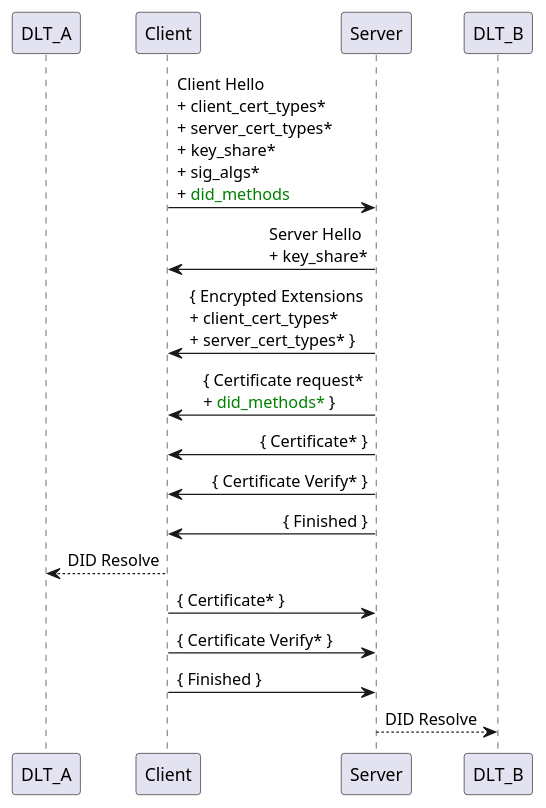
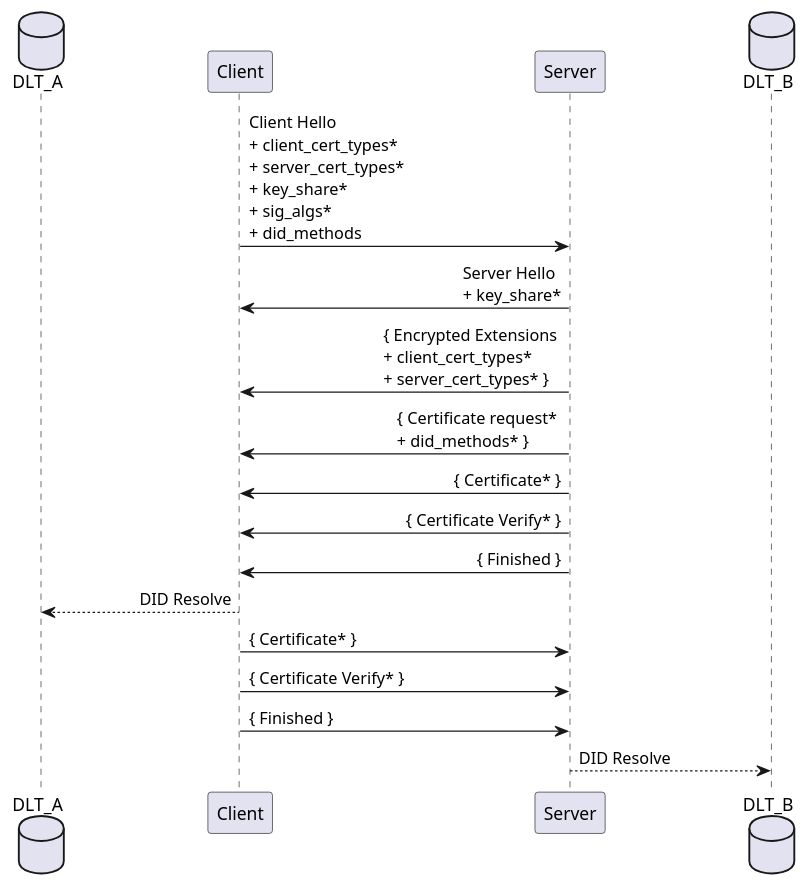
The first of 5 diagrams in draft-vesco-vcauthtls.md (thomas-fossati/draft-vesco-vcauthtls), drawn with PlantUML before and after one commit. The commit also changed other lines of this file, not shown here.

Commit message:
add uml diagrams for examples

```diff
--- a/draft-vesco-vcauthtls.md
+++ b/draft-vesco-vcauthtls.md
@@ -124,22 +124,23 @@
 ~~~plantuml
 @startuml
-participant DLT_A order 1
+database DLT_A order 1
 participant Client order 2
 participant Server order 3
-participant DLT_B order 4
+database DLT_B order 4
 skinparam sequenceMessageAlign direction
+skinparam ParticipantPadding 100
 
-Client -> Server : Client Hello \n+ client_cert_types* \n+ server_cert_types* \n+ key_share* \n+ sig_algs* \n+ <font color = green>did_methods</font>
+Client -> Server : Client Hello \n+ client_cert_types* \n+ server_cert_types* \n+ key_share* \n+ sig_algs* \n+ did_methods
 Server -> Client : Server Hello \n+ key_share*
 Server -> Client : { Encrypted Extensions \n+ client_cert_types* \n+ server_cert_types* }
-Server -> Client : { Certificate request* \n+ <font color = green>did_methods*</font> }
+Server -> Client : { Certificate request* \n+ did_methods* }
 Server -> Client : { Certificate* }
 Server -> Client : { Certificate Verify* }
 Server -> Client : { Finished }
 Client --> DLT_A : DID Resolve
 Client -> Server : { Certificate* }
 Client -> Server : { Certificate Verify* }
 Client -> Server : { Finished }
 Server --> DLT_B : DID Resolve
 @enduml
 ~~~
```
